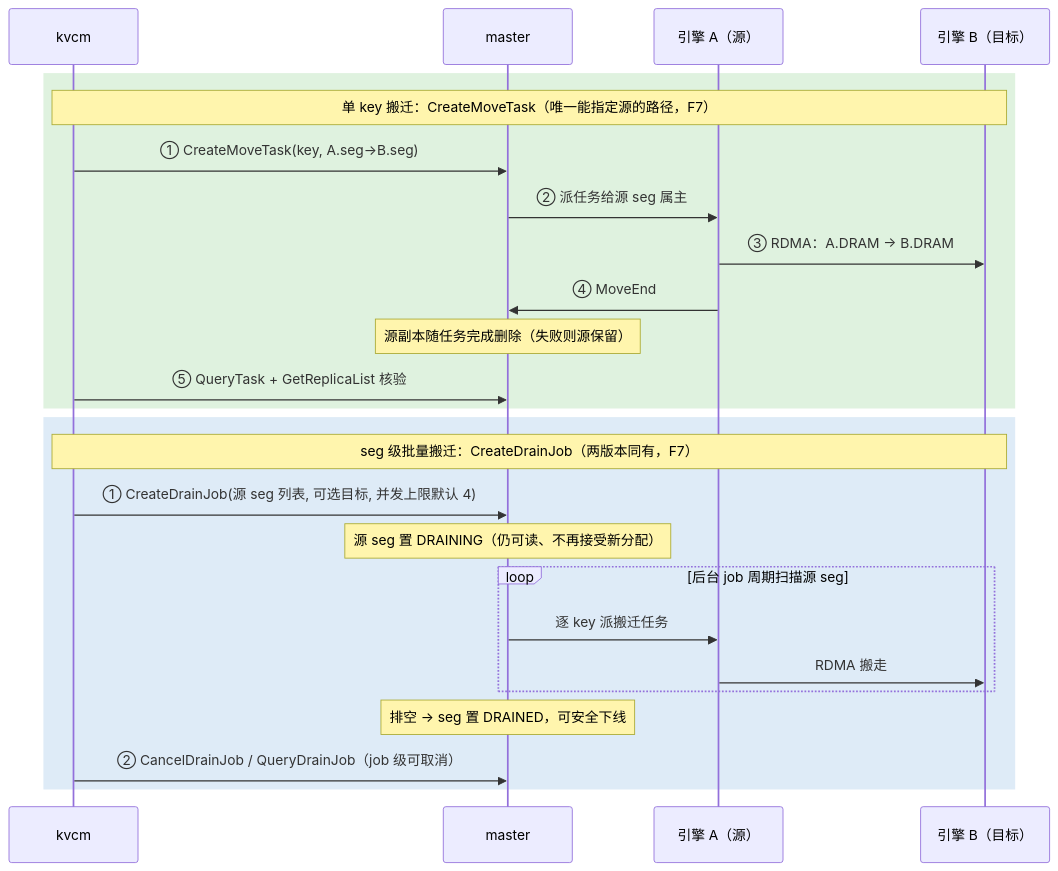
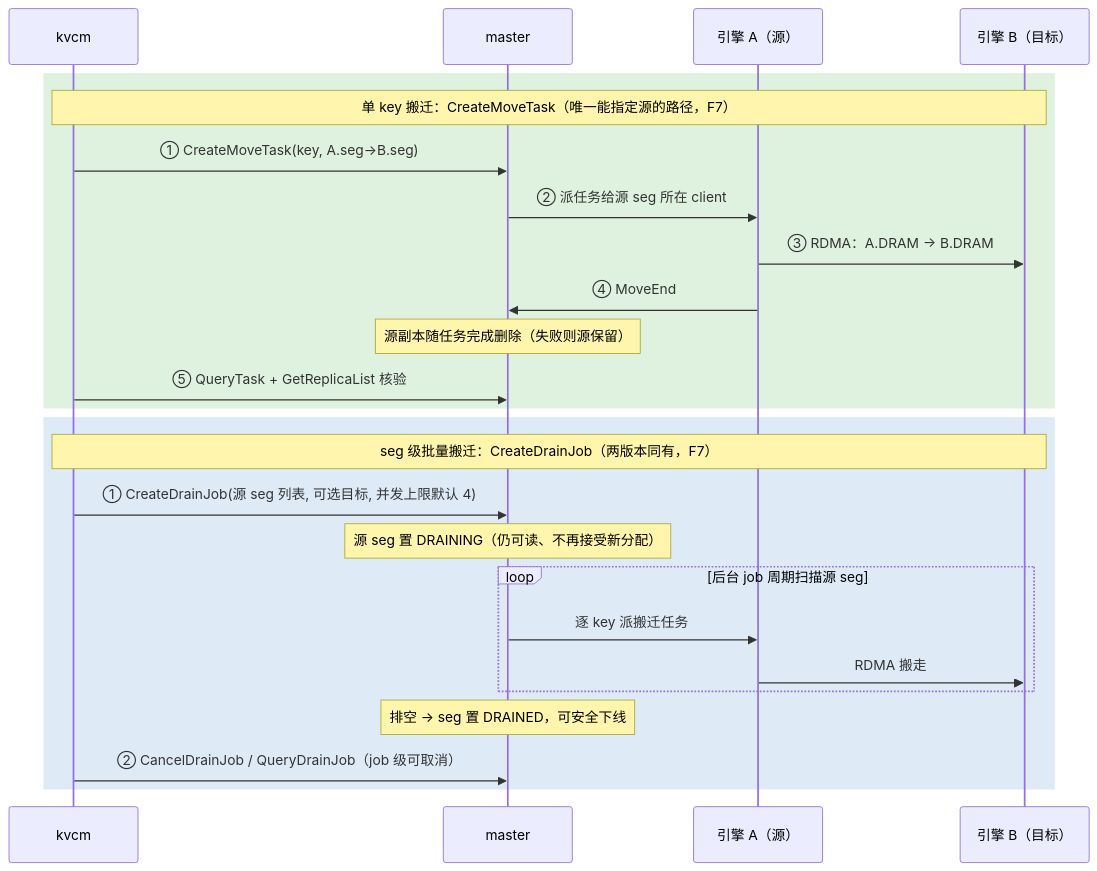
One commit to 5x8-40/lake changed the third of 10 diagrams in kvcm/D2-kv-operations.md. Above: the diagram before and after it, drawn with Mermaid. The commit also changed other lines of this file and 6 other files, not shown here.

First line of the commit message:
docs(kvcm): 归属术语澄清 + 归属关系全图，BatchReplicaClear 语义补全 (#62)

````diff
--- a/kvcm/D2-kv-operations.md
+++ b/kvcm/D2-kv-operations.md
@@ -399,29 +499,29 @@
 ```mermaid
 sequenceDiagram
     participant K as kvcm
     participant M as master
     participant A as 引擎 A（源）
     participant B as 引擎 B（目标）
 
     rect rgb(223, 242, 223)
     Note over K,B: 单 key 搬迁：CreateMoveTask（唯一能指定源的路径，F7）
     K->>M: ① CreateMoveTask(key, A.seg→B.seg)
-    M->>A: ② 派任务给源 seg 属主
+    M->>A: ② 派任务给源 seg 所在 client
     A->>B: ③ RDMA：A.DRAM → B.DRAM
     A->>M: ④ MoveEnd
     Note over M: 源副本随任务完成删除（失败则源保留）
     K->>M: ⑤ QueryTask + GetReplicaList 核验
     end
 
     rect rgb(222, 235, 247)
     Note over K,B: seg 级批量搬迁：CreateDrainJob（两版本同有，F7）
     K->>M: ① CreateDrainJob(源 seg 列表, 可选目标, 并发上限默认 4)
     Note over M: 源 seg 置 DRAINING（仍可读、不再接受新分配）
     loop 后台 job 周期扫描源 seg
         M->>A: 逐 key 派搬迁任务
         A->>B: RDMA 搬走
     end
     Note over M: 排空 → seg 置 DRAINED，可安全下线
     K->>M: ② CancelDrainJob / QueryDrainJob（job 级可取消）
     end
 ```
````
